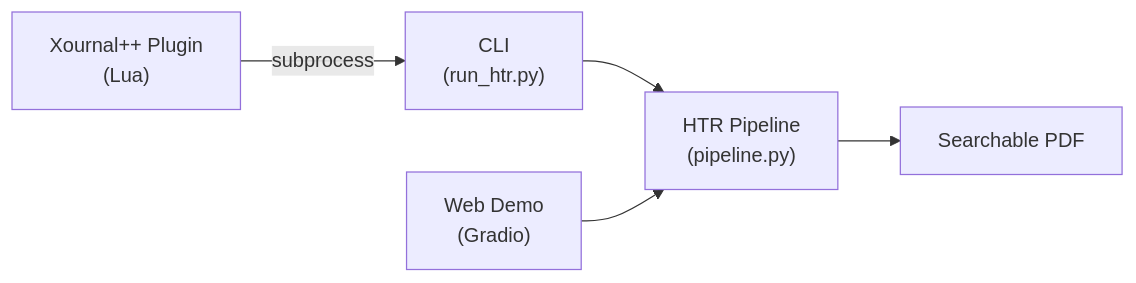
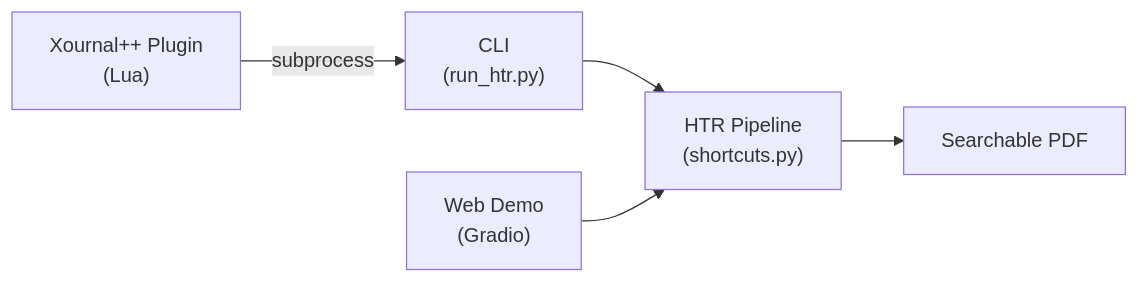
The first of 2 diagrams in docs/architecture.md (PellelNitram/xournalpp_htr), drawn with Mermaid before and after one commit. The commit also changed other lines of this file and 3 other files, not shown here.

Commit message:
Rename pipeline.py to shortcuts.py. [CC]

````diff
--- a/docs/architecture.md
+++ b/docs/architecture.md
@@ -9,7 +9,7 @@
 ```mermaid
 graph LR
     A["Xournal++ Plugin<br/>(Lua)"] -->|subprocess| CLI
-    CLI["CLI<br/>(run_htr.py)"] --> P["HTR Pipeline<br/>(pipeline.py)"]
+    CLI["CLI<br/>(run_htr.py)"] --> P["HTR Pipeline<br/>(shortcuts.py)"]
     D["Web Demo<br/>(Gradio)"] --> P
     P --> PDF["Searchable PDF"]
 ```
````
